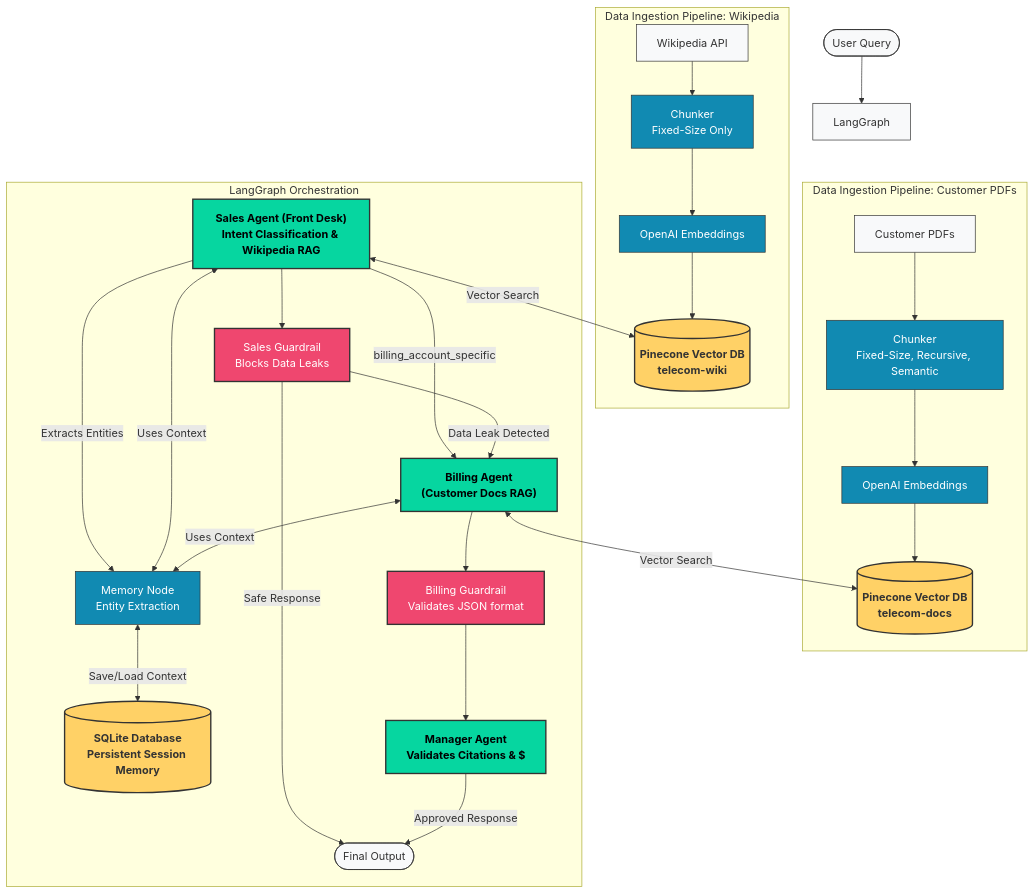
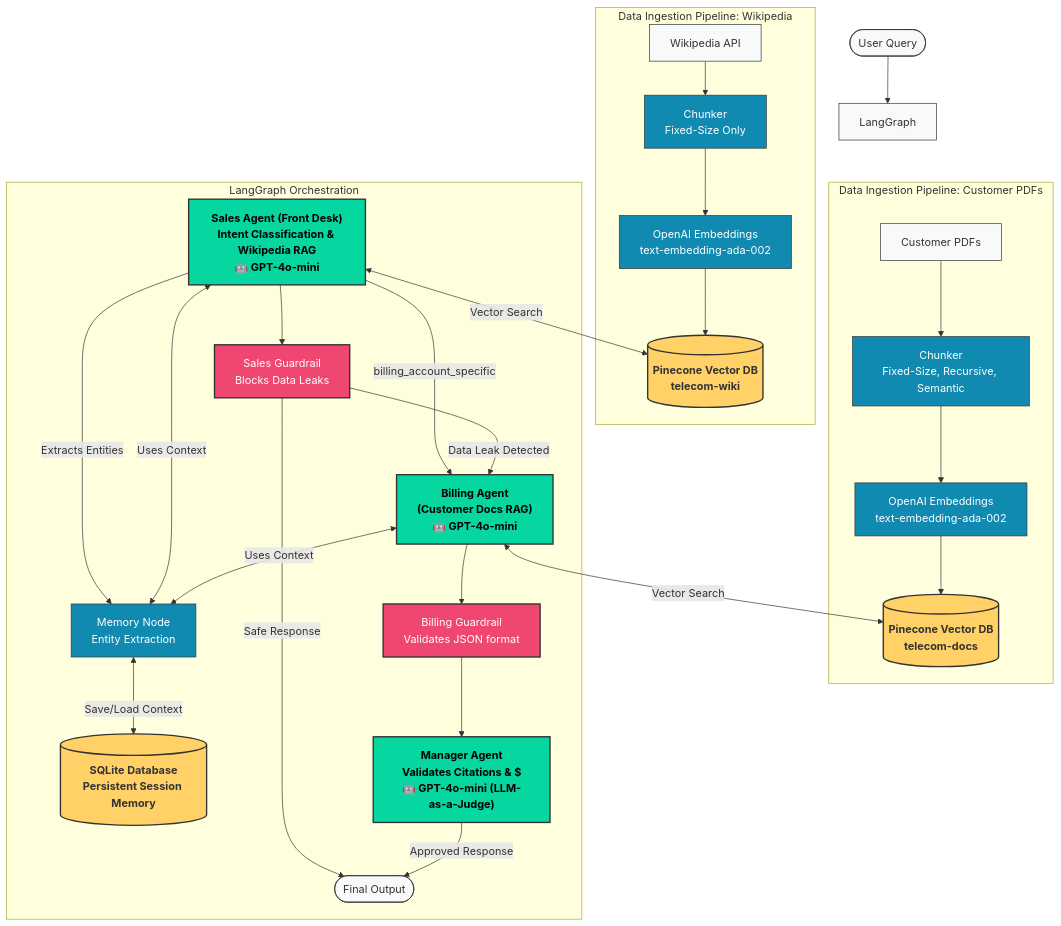
One commit to satbecse/telecom-billing-agentic-ai changed the second of 2 diagrams in README.md. Above: the diagram before and after it, drawn with Mermaid.

Commit message:
docs: Add GPT-4o-mini and text-embedding-ada-002 model labels to architecture diagram

````diff
--- a/README.md
+++ b/README.md
@@ -45,59 +45,59 @@
 ```mermaid
 graph TD
     %% Professional Soft Color Palette
     classDef database fill:#FFD166,stroke:#333,stroke-width:2px,shape:cylinder,font-weight:bold
     classDef pipeline fill:#118AB2,stroke:#333,stroke-width:1px,color:#fff
     classDef agent fill:#06D6A0,stroke:#333,stroke-width:2px,color:#000,font-weight:bold
     classDef guardrail fill:#EF476F,stroke:#333,stroke-width:2px,color:#fff
     classDef default fill:#F8F9FA,stroke:#333,stroke-width:1px
 
     %% Ingestion Pipeline (Telecom Docs)
     subgraph Data Ingestion Pipeline: Customer PDFs
         PDF[Customer PDFs] --> ChunkerDocs["Chunker<br/>Fixed-Size, Recursive, Semantic"]:::pipeline
-        ChunkerDocs --> EmbedDocs[OpenAI Embeddings]:::pipeline
+        ChunkerDocs --> EmbedDocs["OpenAI Embeddings<br/>text-embedding-ada-002"]:::pipeline
         EmbedDocs --> PineconeDocs[("Pinecone Vector DB<br/>telecom-docs")]:::database
     end
 
     %% Ingestion Pipeline (Wikipedia)
     subgraph Data Ingestion Pipeline: Wikipedia
         Wiki[Wikipedia API] --> ChunkerWiki["Chunker<br/>Fixed-Size Only"]:::pipeline
-        ChunkerWiki --> EmbedWiki[OpenAI Embeddings]:::pipeline
+        ChunkerWiki --> EmbedWiki["OpenAI Embeddings<br/>text-embedding-ada-002"]:::pipeline
         EmbedWiki --> PineconeWiki[("Pinecone Vector DB<br/>telecom-wiki")]:::database
     end
 
     %% Session Memory
     SessionStore[("SQLite Database<br/>Persistent Session Memory")]:::database
 
     %% Interaction Flow
     User([User Query]) --> LangGraph
     
     subgraph LangGraph Orchestration
-        FrontDesk["Sales Agent (Front Desk)<br/>Intent Classification & Wikipedia RAG"]:::agent
+        FrontDesk["Sales Agent (Front Desk)<br/>Intent Classification & Wikipedia RAG<br/>🤖 GPT-4o-mini"]:::agent
         MemoryNode["Memory Node<br/>Entity Extraction"]:::pipeline
         
         FrontDesk --> |Extracts Entities| MemoryNode
         MemoryNode <--> |Save/Load Context| SessionStore
         
         FrontDesk -- "billing_account_specific" --> BillingAgent
         
-        BillingAgent["Billing Agent<br/>(Customer Docs RAG)"]:::agent
+        BillingAgent["Billing Agent<br/>(Customer Docs RAG)<br/>🤖 GPT-4o-mini"]:::agent
         
         FrontDesk <--> |Uses Context| MemoryNode
         BillingAgent <--> |Uses Context| MemoryNode
         
         FrontDesk <--> |Vector Search| PineconeWiki
         BillingAgent <--> |Vector Search| PineconeDocs
         
         FrontDesk --> SalesGuard["Sales Guardrail<br/>Blocks Data Leaks"]:::guardrail
         BillingAgent --> BillingGuard["Billing Guardrail<br/>Validates JSON format"]:::guardrail
         
         SalesGuard --> |Data Leak Detected| BillingAgent
         SalesGuard --> |Safe Response| Output
         
         BillingGuard --> ManagerAgent
         
-        ManagerAgent["Manager Agent<br/>Validates Citations & $"]:::agent
+        ManagerAgent["Manager Agent<br/>Validates Citations & $<br/>🤖 GPT-4o-mini (LLM-as-a-Judge)"]:::agent
     end
     
     ManagerAgent --> |Approved Response| Output([Final Output])
 ```
````
